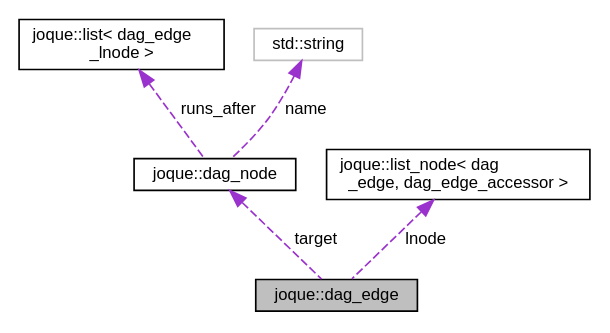
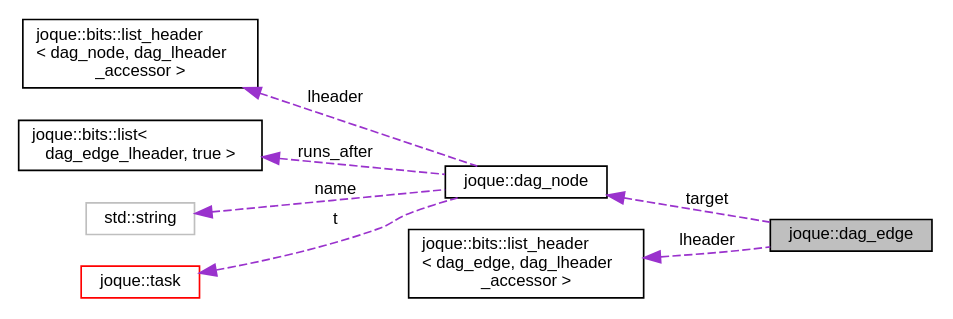
One commit to koniarik/joque changed the diagram in structjoque_1_1dag__edge__coll__graph.dot. Above: the diagram before and after it, drawn with Graphviz. The commit also changed 209 other files, not shown here.

```diff
--- a/structjoque_1_1dag__edge__coll__graph.dot
+++ b/structjoque_1_1dag__edge__coll__graph.dot
@@ -1,15 +1,20 @@
 digraph "joque::dag_edge"
 {
  // LATEX_PDF_SIZE
   edge [fontname="Helvetica",fontsize="10",labelfontname="Helvetica",labelfontsize="10"];
   node [fontname="Helvetica",fontsize="10",shape=record];
+  rankdir="LR";
   Node1 [label="joque::dag_edge",height=0.2,width=0.4,color="black", fillcolor="grey75", style="filled", fontcolor="black",tooltip=" "];
   Node2 -> Node1 [dir="back",color="darkorchid3",fontsize="10",style="dashed",label=" target" ,fontname="Helvetica"];
   Node2 [label="joque::dag_node",height=0.2,width=0.4,color="black", fillcolor="white", style="filled",URL="$namespacejoque.html#structjoque_1_1dag__node",tooltip="Node representing all execution-related information for one task."];
-  Node3 -> Node2 [dir="back",color="darkorchid3",fontsize="10",style="dashed",label=" runs_after" ,fontname="Helvetica"];
-  Node3 [label="joque::list\< dag_edge\l_lnode \>",height=0.2,width=0.4,color="black", fillcolor="white", style="filled",URL="$classjoque_1_1list.html",tooltip=" "];
-  Node4 -> Node2 [dir="back",color="darkorchid3",fontsize="10",style="dashed",label=" name" ,fontname="Helvetica"];
-  Node4 [label="std::string",height=0.2,width=0.4,color="grey75", fillcolor="white", style="filled",tooltip=" "];
-  Node6 -> Node1 [dir="back",color="darkorchid3",fontsize="10",style="dashed",label=" lnode" ,fontname="Helvetica"];
-  Node6 [label="joque::list_node\< dag\l_edge, dag_edge_accessor \>",height=0.2,width=0.4,color="black", fillcolor="white", style="filled",URL="$namespacejoque.html#namespacejoque",tooltip=" "];
+  Node3 -> Node2 [dir="back",color="darkorchid3",fontsize="10",style="dashed",label=" lheader" ,fontname="Helvetica"];
+  Node3 [label="joque::bits::list_header\l\< dag_node, dag_lheader\l_accessor \>",height=0.2,width=0.4,color="black", fillcolor="white", style="filled",URL="$structjoque_1_1bits_1_1list__header.html",tooltip=" "];
+  Node4 -> Node2 [dir="back",color="darkorchid3",fontsize="10",style="dashed",label=" runs_after" ,fontname="Helvetica"];
+  Node4 [label="joque::bits::list\<\l dag_edge_lheader, true \>",height=0.2,width=0.4,color="black", fillcolor="white", style="filled",URL="$classjoque_1_1bits_1_1list.html",tooltip=" "];
+  Node5 -> Node2 [dir="back",color="darkorchid3",fontsize="10",style="dashed",label=" name" ,fontname="Helvetica"];
+  Node5 [label="std::string",height=0.2,width=0.4,color="grey75", fillcolor="white", style="filled",tooltip=" "];
+  Node7 -> Node2 [dir="back",color="darkorchid3",fontsize="10",style="dashed",label=" t" ,fontname="Helvetica"];
+  Node7 [label="joque::task",height=0.2,width=0.4,color="red", fillcolor="white", style="filled",URL="$namespacejoque.html#structjoque_1_1task",tooltip="Single task that should be executed by the system."];
+  Node13 -> Node1 [dir="back",color="darkorchid3",fontsize="10",style="dashed",label=" lheader" ,fontname="Helvetica"];
+  Node13 [label="joque::bits::list_header\l\< dag_edge, dag_lheader\l_accessor \>",height=0.2,width=0.4,color="black", fillcolor="white", style="filled",URL="$structjoque_1_1bits_1_1list__header.html",tooltip=" "];
 }
```
